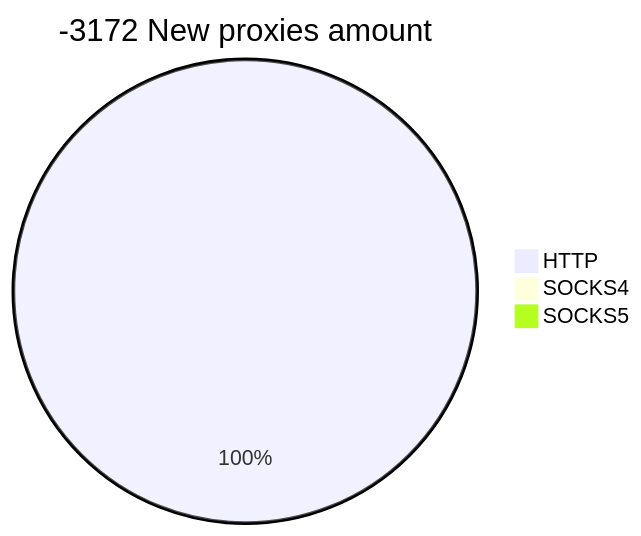
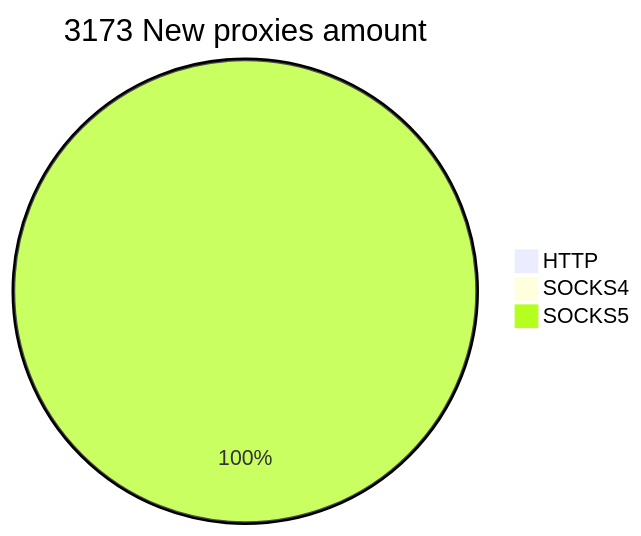
Before and after one commit to cutipu/proxylist: the second of 2 diagrams in README.md, drawn with Mermaid. The commit also changed other lines of this file, not shown here.

````diff
--- a/README.md
+++ b/README.md
@@ -10,6 +10,6 @@
 ```mermaid
-pie title -3172 New proxies amount
-    "HTTP" : 1
-    "SOCKS4" : 0
-    "SOCKS5" : 0
+pie title 3173 New proxies amount
+    "HTTP" : 0
+    "SOCKS4" : 1
+    "SOCKS5" : 3172
 ```
````
